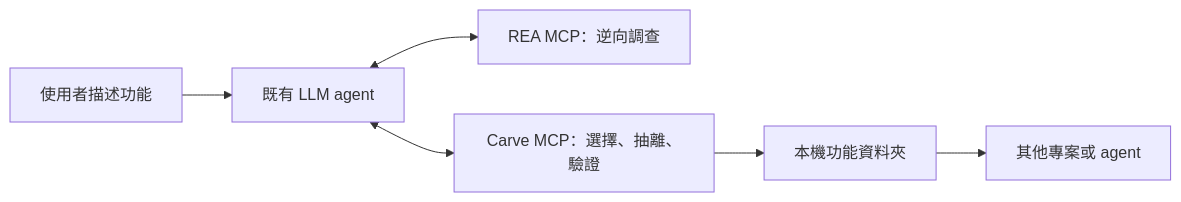
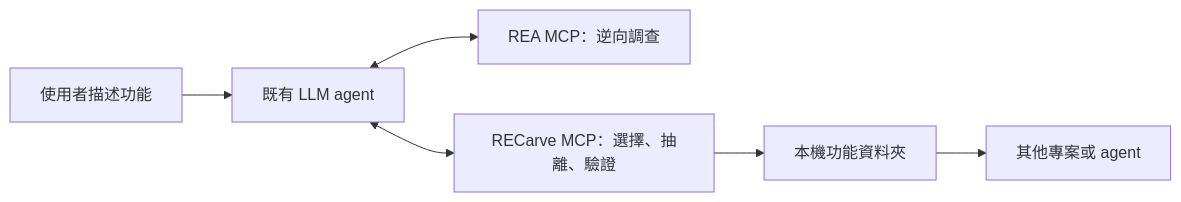
Before and after one commit to LuckyFishOno/reverse-engineering-carve: the diagram in README.zh-TW.md, drawn with Mermaid. The commit also changed other lines of this file and 99 other files, not shown here.

````diff
--- a/README.zh-TW.md
+++ b/README.zh-TW.md
@@ -18,8 +23,8 @@
 ```mermaid
 flowchart LR
     U[使用者描述功能] --> A[既有 LLM agent]
     A <--> R[REA MCP：逆向調查]
-    A <--> C[Carve MCP：選擇、抽離、驗證]
+    A <--> C[RECarve MCP：選擇、抽離、驗證]
     C --> F[本機功能資料夾]
     F --> P[其他專案或 agent]
 ```
````
